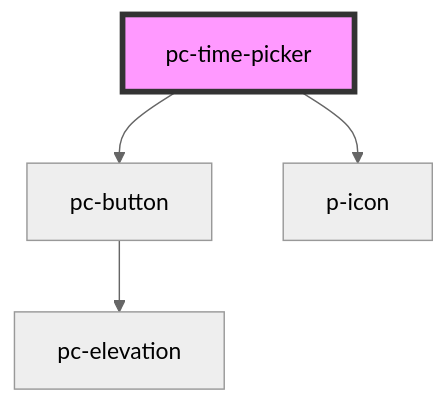
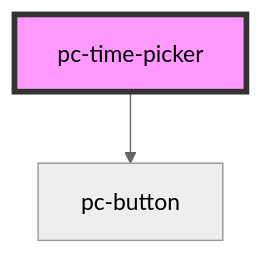
The diagram in src/components/input-controls/data-and-time/date/time-picker/readme.md (redvars/peacock), drawn with Mermaid (neutral theme) before and after one commit. The commit also changed other lines of this file and 135 other files, not shown here.

````diff
--- a/src/components/input-controls/data-and-time/date/time-picker/readme.md
+++ b/src/components/input-controls/data-and-time/date/time-picker/readme.md
@@ -75,7 +74,5 @@
 ```mermaid
 graph TD;
   pc-time-picker --> pc-button
-  pc-time-picker --> p-icon
-  pc-button --> pc-elevation
   style pc-time-picker fill:#f9f,stroke:#333,stroke-width:4px
 ```
````
